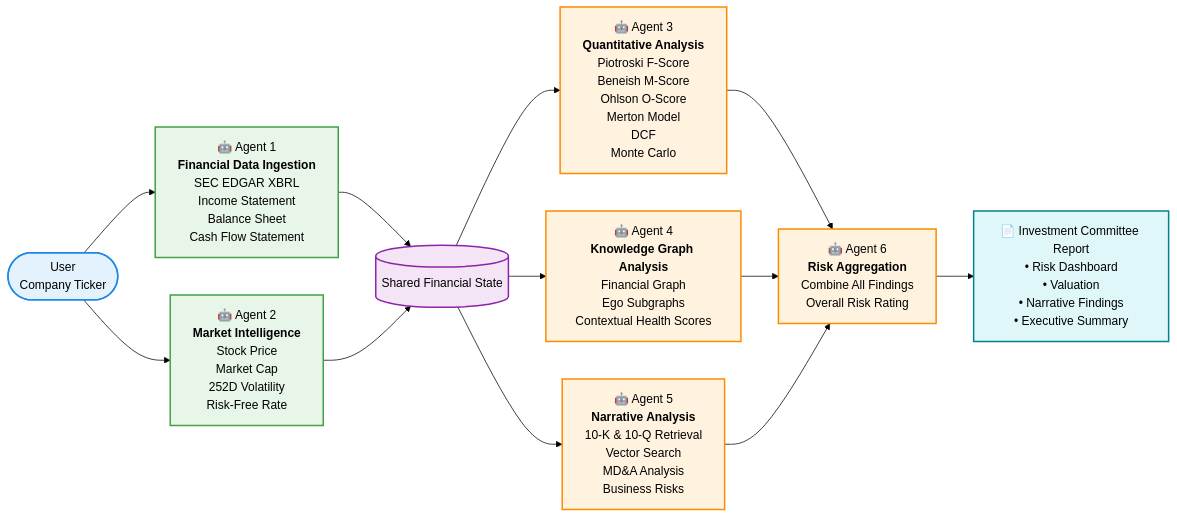
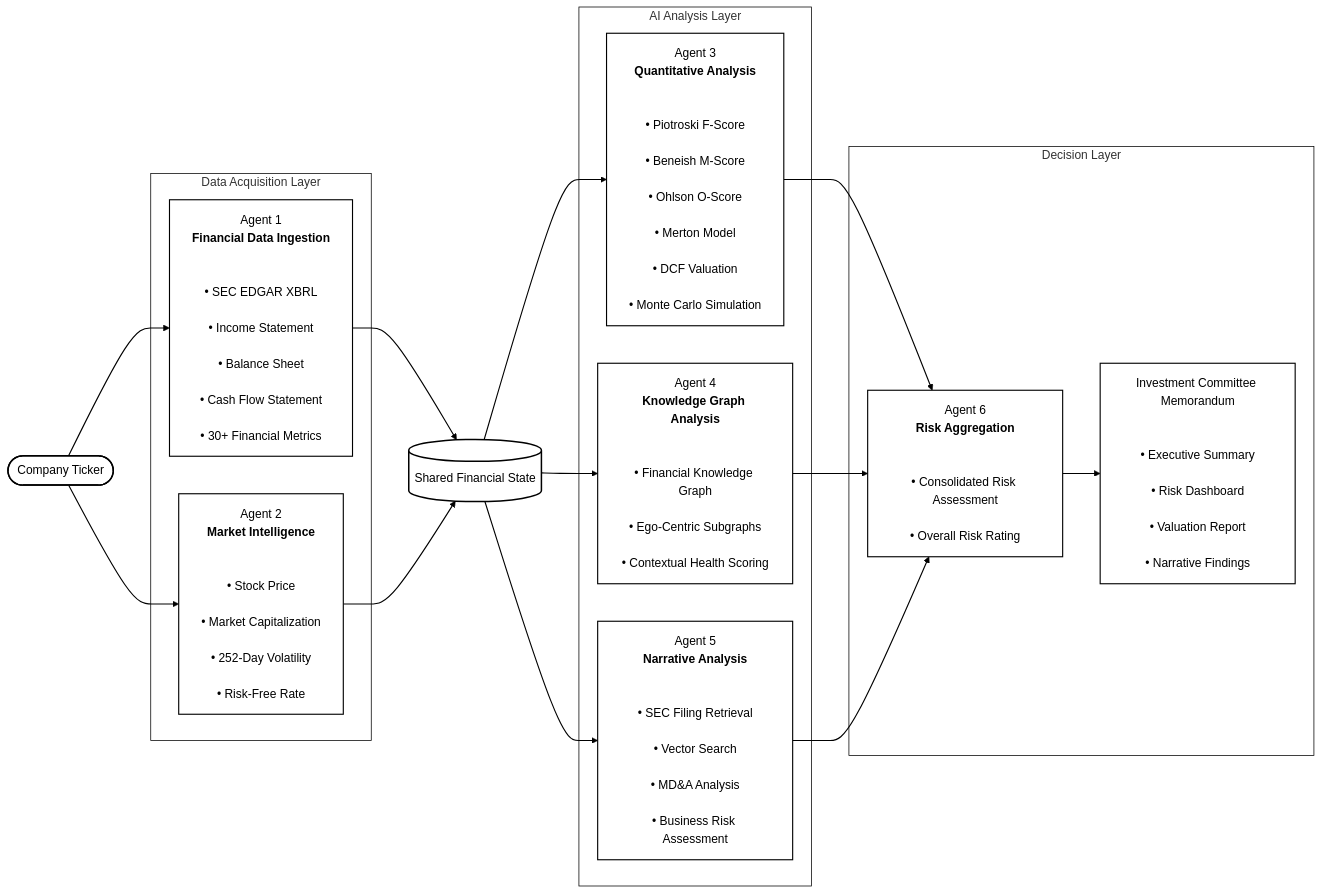
One commit to Shiva498689/GDG_PS changed the diagram in README.md. Above: the diagram before and after it, drawn with Mermaid (forest theme).

Commit message:
Refactor Mermaid diagram for clarity and structure

````diff
--- a/README.md
+++ b/README.md
@@ -1,66 +1,106 @@
 ```mermaid
 flowchart LR
 
-    %% =========================
-    %% INPUT
-    %% =========================
-    U([User<br/>Company Ticker])
+%% =========================
+%% INPUT
+%% =========================
+U([Company Ticker])
 
-    %% =========================
-    %% DATA COLLECTION
-    %% =========================
-    A1["🤖 Agent 1<br/><b>Financial Data Ingestion</b><br/>SEC EDGAR XBRL<br/>Income Statement<br/>Balance Sheet<br/>Cash Flow Statement"]
+%% =========================
+%% DATA ACQUISITION
+%% =========================
+subgraph L1["Data Acquisition Layer"]
 
-    A2["🤖 Agent 2<br/><b>Market Intelligence</b><br/>Stock Price<br/>Market Cap<br/>252D Volatility<br/>Risk-Free Rate"]
+A1["Agent 1<br/><b>Financial Data Ingestion</b><br/><br/>
+• SEC EDGAR XBRL<br/>
+• Income Statement<br/>
+• Balance Sheet<br/>
+• Cash Flow Statement<br/>
+• 30+ Financial Metrics"]
 
-    STATE[("Shared Financial State")]
+A2["Agent 2<br/><b>Market Intelligence</b><br/><br/>
+• Stock Price<br/>
+• Market Capitalization<br/>
+• 252-Day Volatility<br/>
+• Risk-Free Rate"]
 
-    %% =========================
-    %% ANALYSIS LAYER
-    %% =========================
-    Q["🤖 Agent 3<br/><b>Quantitative Analysis</b><br/>Piotroski F-Score<br/>Beneish M-Score<br/>Ohlson O-Score<br/>Merton Model<br/>DCF<br/>Monte Carlo"]
+end
 
-    KG["🤖 Agent 4<br/><b>Knowledge Graph Analysis</b><br/>Financial Graph<br/>Ego Subgraphs<br/>Contextual Health Scores"]
+STATE[(Shared Financial State)]
 
-    N["🤖 Agent 5<br/><b>Narrative Analysis</b><br/>10-K & 10-Q Retrieval<br/>Vector Search<br/>MD&A Analysis<br/>Business Risks"]
+%% =========================
+%% ANALYSIS
+%% =========================
+subgraph L2["AI Analysis Layer"]
 
-    %% =========================
-    %% AGGREGATION
-    %% =========================
-    R["🤖 Agent 6<br/><b>Risk Aggregation</b><br/>Combine All Findings<br/>Overall Risk Rating"]
+Q["Agent 3<br/><b>Quantitative Analysis</b><br/><br/>
+• Piotroski F-Score<br/>
+• Beneish M-Score<br/>
+• Ohlson O-Score<br/>
+• Merton Model<br/>
+• DCF Valuation<br/>
+• Monte Carlo Simulation"]
 
-    %% =========================
-    %% OUTPUT
-    %% =========================
-    OUT["📄 Investment Committee Report<br/>• Risk Dashboard<br/>• Valuation<br/>• Narrative Findings<br/>• Executive Summary"]
+KG["Agent 4<br/><b>Knowledge Graph Analysis</b><br/><br/>
+• Financial Knowledge Graph<br/>
+• Ego-Centric Subgraphs<br/>
+• Contextual Health Scoring"]
 
-    %% FLOW
-    U --> A1
-    U --> A2
+N["Agent 5<br/><b>Narrative Analysis</b><br/><br/>
+• SEC Filing Retrieval<br/>
+• Vector Search<br/>
+• MD&A Analysis<br/>
+• Business Risk Assessment"]
 
-    A1 --> STATE
-    A2 --> STATE
+end
 
-    STATE --> Q
-    STATE --> KG
-    STATE --> N
+%% =========================
+%% DECISION
+%% =========================
+subgraph L3["Decision Layer"]
 
-    Q --> R
-    KG --> R
-    N --> R
+R["Agent 6<br/><b>Risk Aggregation</b><br/><br/>
+• Consolidated Risk Assessment<br/>
+• Overall Risk Rating"]
 
-    R --> OUT
+OUT["Investment Committee Memorandum<br/><br/>
+• Executive Summary<br/>
+• Risk Dashboard<br/>
+• Valuation Report<br/>
+• Narrative Findings"]
 
-    %% COLORS
-    classDef input fill:#E3F2FD,stroke:#1E88E5,stroke-width:2px;
-    classDef collect fill:#E8F5E9,stroke:#43A047,stroke-width:2px;
-    classDef analysis fill:#FFF3E0,stroke:#FB8C00,stroke-width:2px;
-    classDef state fill:#F3E5F5,stroke:#8E24AA,stroke-width:2px;
-    classDef output fill:#E0F7FA,stroke:#00838F,stroke-width:2px;
+end
 
-    class U input;
-    class A1,A2 collect;
-    class STATE state;
-    class Q,KG,N,R analysis;
-    class OUT output;
+%% FLOW
+U --> A1
+U --> A2
+
+A1 --> STATE
+A2 --> STATE
+
+STATE --> Q
+STATE --> KG
+STATE --> N
+
+Q --> R
+KG --> R
+N --> R
+
+R --> OUT
+
+%% =========================
+%% PROFESSIONAL STYLING
+%% =========================
+
+classDef default fill:#ffffff,stroke:#000000,color:#000000,stroke-width:1.5px;
+
+style U fill:#ffffff,stroke:#000000,stroke-width:2px
+
+style STATE fill:#ffffff,stroke:#000000,stroke-width:2px
+
+style L1 fill:#ffffff,stroke:#000000,stroke-width:1px
+style L2 fill:#ffffff,stroke:#000000,stroke-width:1px
+style L3 fill:#ffffff,stroke:#000000,stroke-width:1px
+
+linkStyle default stroke:#000000,stroke-width:1.5px
 ```
````
